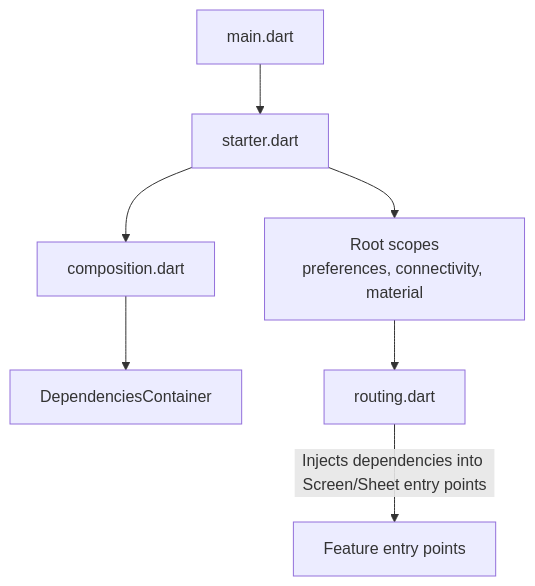
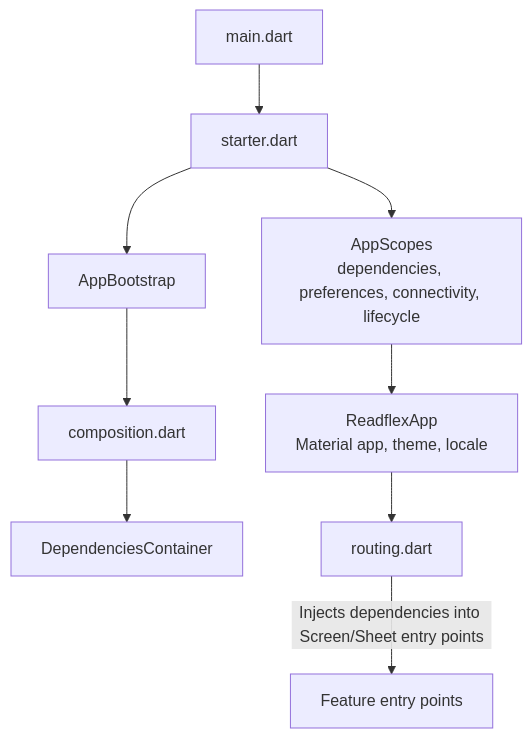
The third of 8 diagrams in C4_MODEL.md (abra/readflex), drawn with Mermaid before and after one commit. The commit also changed other lines of this file and 57 other files, not shown here.

First line of the commit message:
Refactor app composition and align documentation with runtime behavior

````diff
--- a/C4_MODEL.md
+++ b/C4_MODEL.md
@@ -106,16 +106,20 @@
 ```mermaid
 flowchart TB
   main["main.dart"]
   starter["starter.dart"]
+  bootstrap["AppBootstrap"]
   composition["composition.dart"]
   container["DependenciesContainer"]
-  scopes["Root scopes\npreferences, connectivity, material"]
+  scopes["AppScopes\ndependencies, preferences, connectivity, lifecycle"]
+  app["ReadflexApp\nMaterial app, theme, locale"]
   router["routing.dart"]
 
   main --> starter
-  starter --> composition
+  starter --> bootstrap
+  bootstrap --> composition
   composition --> container
   starter --> scopes
-  scopes --> router
+  scopes --> app
+  app --> router
   router -->|"Injects dependencies into Screen/Sheet entry points"| features["Feature entry points"]
 ```
````
